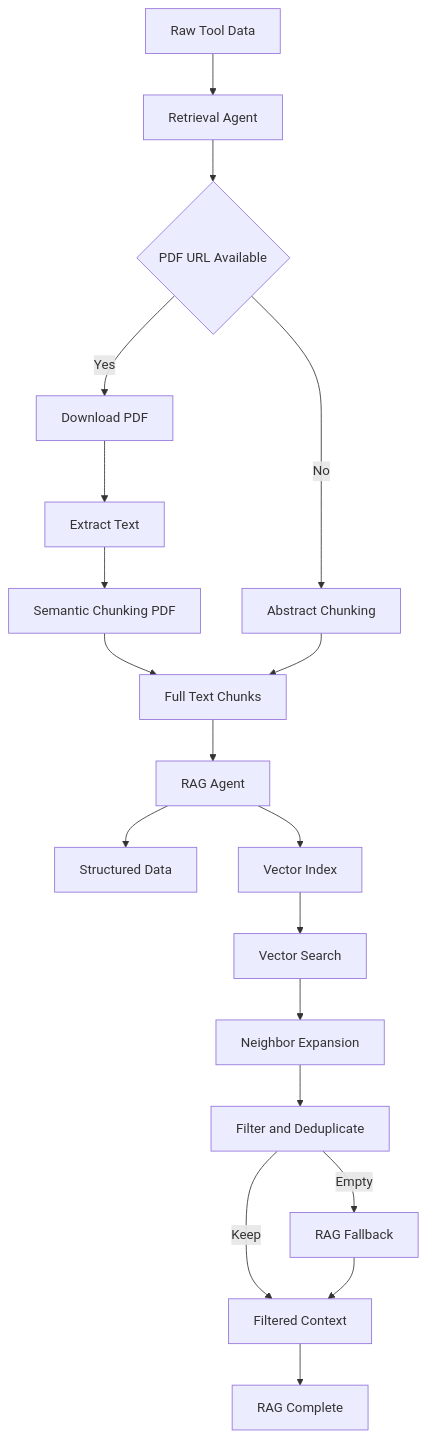
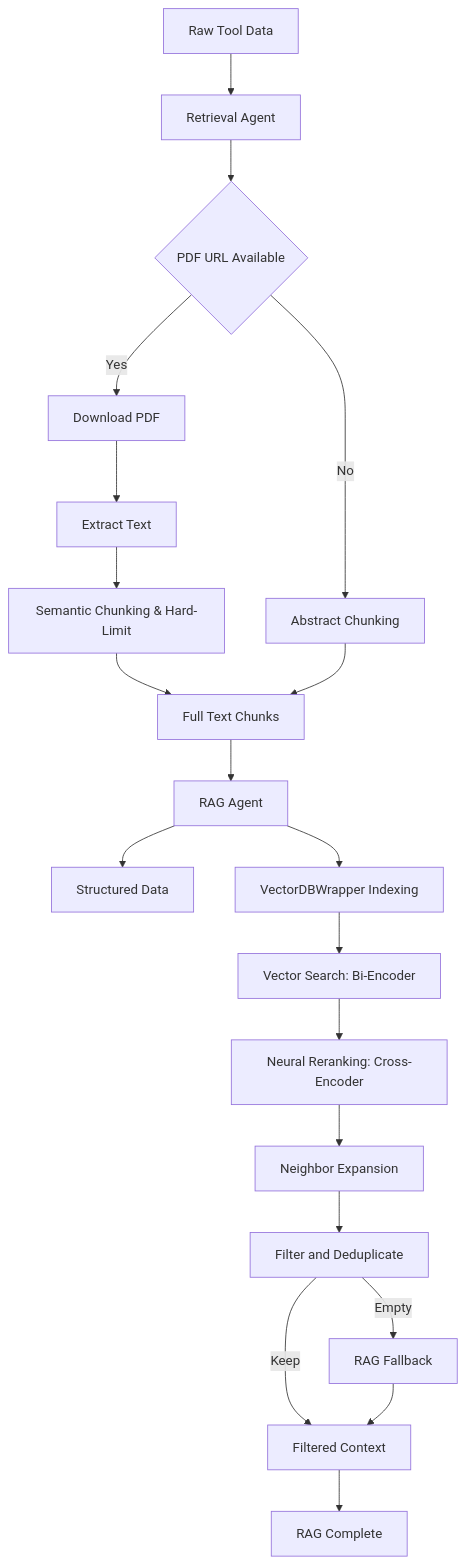
Before and after one commit to abhisakh/ResearchLLM_MultiAgent_LangGraph_RagGraph: the tenth of 30 diagrams in README.md, drawn with Mermaid. The commit also changed other lines of this file, not shown here.

````diff
--- a/README.md
+++ b/README.md
@@ -1977,51 +1988,53 @@
 ```mermaid
 flowchart TD
     RawData[Raw Tool Data]
     Retrieval[Retrieval Agent]
 
     PDFCheck{PDF URL Available}
     Download[Download PDF]
     Extract[Extract Text]
-    ChunkPDF[Semantic Chunking PDF]
+    ChunkPDF[Semantic Chunking & Hard-Limit]
 
     Fallback[Abstract Chunking]
 
     Chunks[Full Text Chunks]
 
     RAG[RAG Agent]
 
     Structured[Structured Data]
-    Index[Vector Index]
-    Search[Vector Search]
+    Index[VectorDBWrapper Indexing]
+    Search[Vector Search: Bi-Encoder]
+    Rerank[Neural Reranking: Cross-Encoder]
     Expand[Neighbor Expansion]
     Filter[Filter and Deduplicate]
     FallbackRAG[RAG Fallback]
 
     Context[Filtered Context]
     Done[RAG Complete]
 
     RawData --> Retrieval
     Retrieval --> PDFCheck
 
     PDFCheck -->|Yes| Download
     Download --> Extract
     Extract --> ChunkPDF
     ChunkPDF --> Chunks
 
     PDFCheck -->|No| Fallback
     Fallback --> Chunks
 
     Chunks --> RAG
 
     RAG --> Structured
     RAG --> Index
     Index --> Search
-    Search --> Expand
+    Search --> Rerank
+    Rerank --> Expand
     Expand --> Filter
 
     Filter -->|Keep| Context
     Filter -->|Empty| FallbackRAG
     FallbackRAG --> Context
 
     Context --> Done
 ```
````
